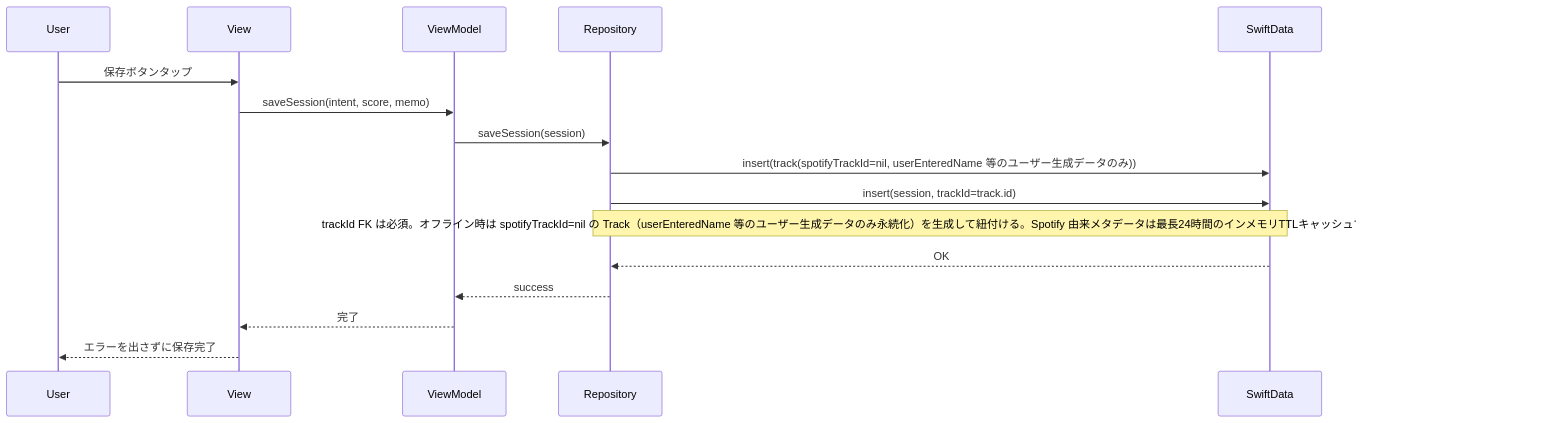
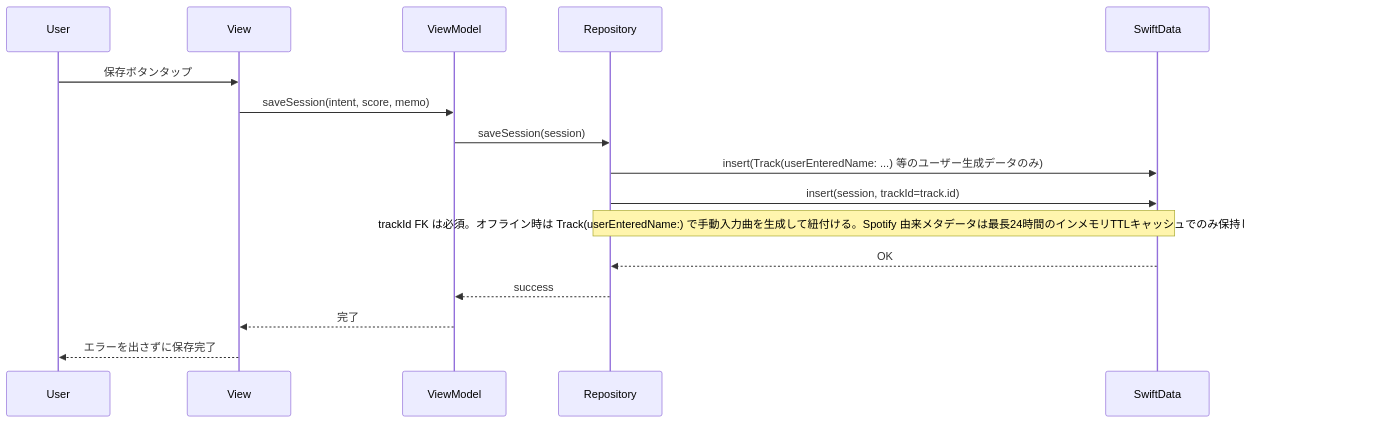
One commit to omomi-moti/Karaoke_support changed the second of 7 diagrams in docs/detailed_design.md. Above: the diagram before and after it, drawn with Mermaid. The commit also changed other lines of this file, not shown here.

````diff
--- a/docs/detailed_design.md
+++ b/docs/detailed_design.md
@@ -50,19 +50,19 @@
 ```mermaid
 sequenceDiagram
     participant User
     participant View
     participant ViewModel
     participant Repository
     participant SwiftData
 
     User->>View: 保存ボタンタップ
     View->>ViewModel: saveSession(intent, score, memo)
     ViewModel->>Repository: saveSession(session)
-    Repository->>SwiftData: insert(track(spotifyTrackId=nil, userEnteredName 等のユーザー生成データのみ))
+    Repository->>SwiftData: insert(Track(userEnteredName: ...) 等のユーザー生成データのみ)
     Repository->>SwiftData: insert(session, trackId=track.id)
-    Note over Repository,SwiftData: trackId FK は必須。オフライン時は spotifyTrackId=nil の Track（userEnteredName 等のユーザー生成データのみ永続化）を生成して紐付ける。Spotify 由来メタデータは最長24時間のインメモリTTLキャッシュでのみ保持し、SwiftData へ永続化しない
+    Note over Repository,SwiftData: trackId FK は必須。オフライン時は Track(userEnteredName:) で手動入力曲を生成して紐付ける。Spotify 由来メタデータは最長24時間のインメモリTTLキャッシュでのみ保持し、SwiftData へ永続化しない
     SwiftData-->>Repository: OK
     Repository-->>ViewModel: success
     ViewModel-->>View: 完了
     View-->>User: エラーを出さずに保存完了
 ```
````
